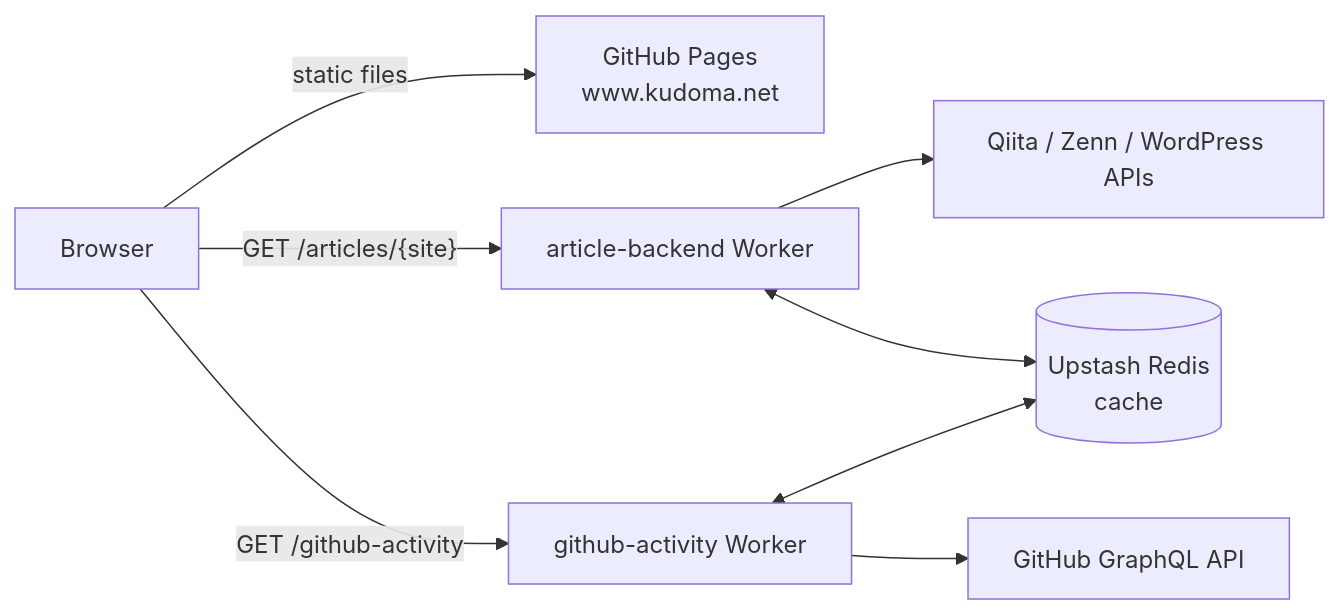
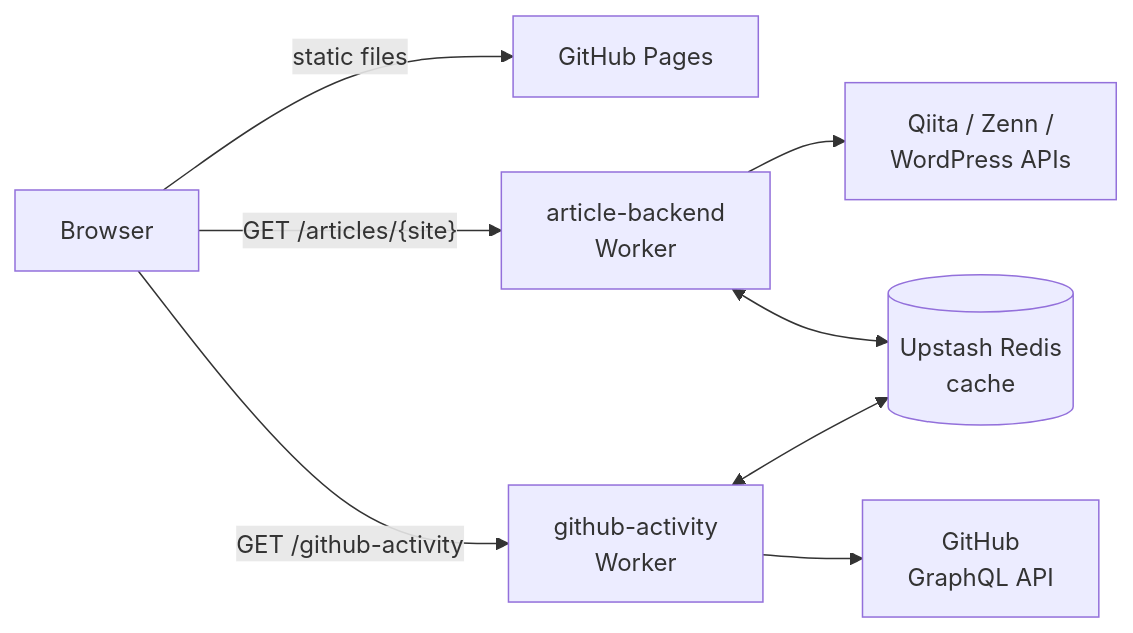
The diagram in README.md (MasatakaKudou/kudoma-portfolio), drawn with Mermaid before and after one commit. The commit also changed other lines of this file, not shown here.

Commit message:
Replace the outdated architecture image with the current diagram
The image showed a separate Cache API Worker and no github-activity Worker; the cache now lives
in the Workers themselves. Keep the mermaid diagram and shorten its labels, which were clipped
when GitHub rendered it.

````diff
--- a/README.md
+++ b/README.md
@@ -16,10 +14,10 @@
 ```mermaid
 flowchart LR
-  Browser -->|static files| Pages["GitHub Pages<br/>www.kudoma.net"]
-  Browser -->|"GET /articles/{site}"| AB["article-backend Worker"]
-  Browser -->|"GET /github-activity"| GA["github-activity Worker"]
-  AB --> Sources["Qiita / Zenn / WordPress APIs"]
-  GA --> GH["GitHub GraphQL API"]
+  Browser -->|static files| Pages["GitHub Pages"]
+  Browser -->|"GET /articles/{site}"| AB["article-backend<br/>Worker"]
+  Browser -->|"GET /github-activity"| GA["github-activity<br/>Worker"]
+  AB --> Sources["Qiita / Zenn /<br/>WordPress APIs"]
+  GA --> GH["GitHub<br/>GraphQL API"]
   AB <--> Redis[("Upstash Redis<br/>cache")]
   GA <--> Redis
 ```
````
